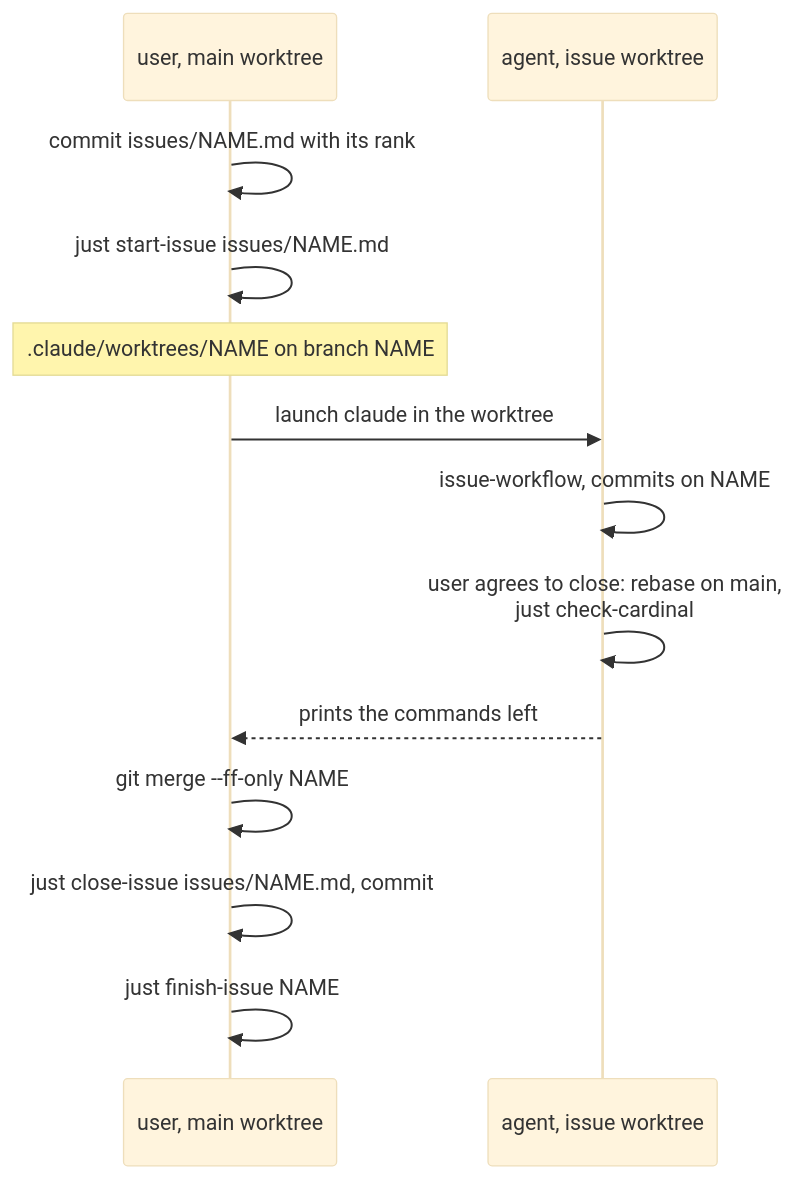
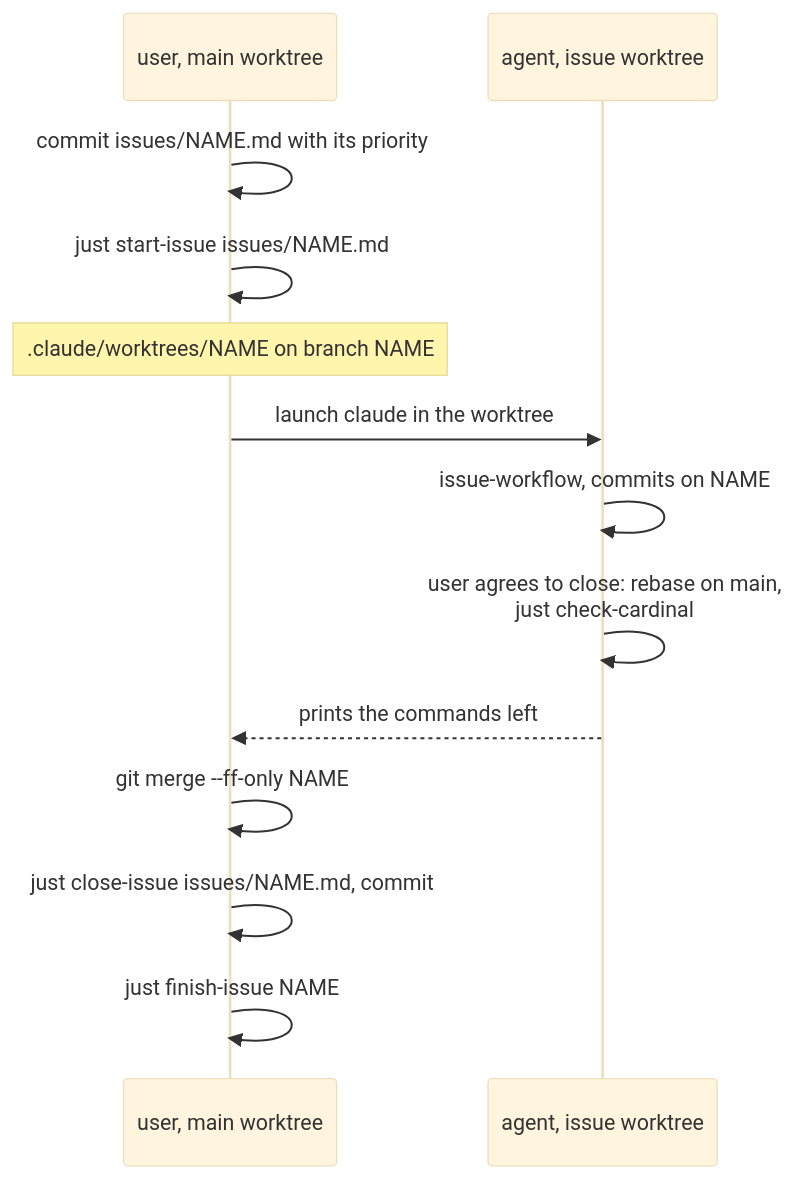
The third of 3 diagrams in docs/workflow.md (Electron-libre/cardinal), drawn with Mermaid (base theme) before and after one commit. The commit also changed other lines of this file and 17 other files, not shown here.

````diff
--- a/docs/workflow.md
+++ b/docs/workflow.md
@@ -82,15 +82,15 @@
 ```mermaid
 sequenceDiagram
   participant U as user, main worktree
   participant W as agent, issue worktree
-  U->>U: commit issues/NAME.md with its rank
+  U->>U: commit issues/NAME.md with its priority
   U->>U: just start-issue issues/NAME.md
   Note over U: .claude/worktrees/NAME on branch NAME
   U->>W: launch claude in the worktree
   W->>W: issue-workflow, commits on NAME
   W->>W: user agrees to close: rebase on main,<br/>just check-cardinal
   W-->>U: prints the commands left
   U->>U: git merge --ff-only NAME
   U->>U: just close-issue issues/NAME.md, commit
   U->>U: just finish-issue NAME
 ```
````
